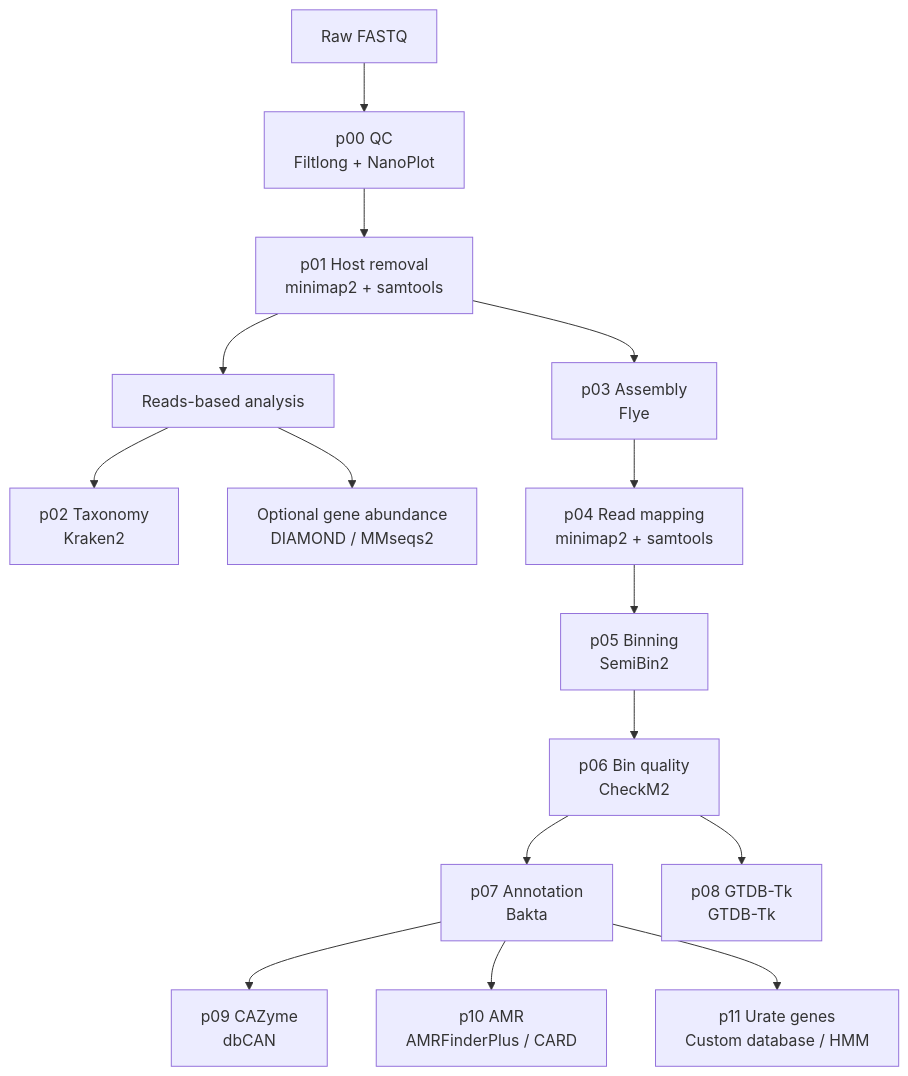
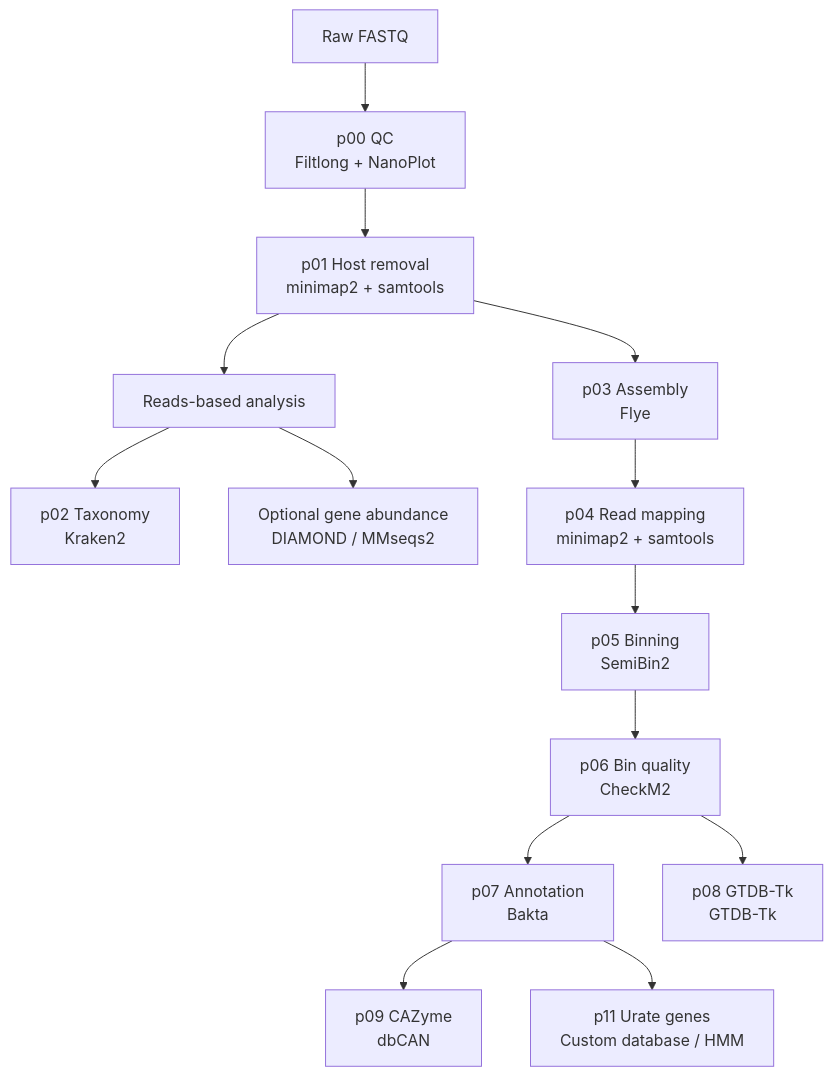
Before and after one commit to pengzhuobing/nanopore_metagenome: the diagram in README.md, drawn with Mermaid.

````diff
--- a/README.md
+++ b/README.md
@@ -26,26 +26,25 @@
 ```mermaid
 flowchart TD
 
     A["Raw FASTQ"]
     B["p00 QC<br/>Filtlong + NanoPlot"]
     C["p01 Host removal<br/>minimap2 + samtools"]
 
     A --> B --> C
 
     C --> R0["Reads-based analysis"]
     C --> E["p03 Assembly<br/>Flye"]
 
     R0 --> D["p02 Taxonomy<br/>Kraken2"]
     R0 --> R1["Optional gene abundance<br/>DIAMOND / MMseqs2"]
 
     E --> F["p04 Read mapping<br/>minimap2 + samtools"]
     F --> G["p05 Binning<br/>SemiBin2"]
     G --> H["p06 Bin quality<br/>CheckM2"]
 
     H --> I["p07 Annotation<br/>Bakta"]
     H --> J["p08 GTDB-Tk<br/>GTDB-Tk"]
 
     I --> K["p09 CAZyme<br/>dbCAN"]
-    I --> L["p10 AMR<br/>AMRFinderPlus / CARD"]
     I --> M["p11 Urate genes<br/>Custom database / HMM"]
 ```
````
